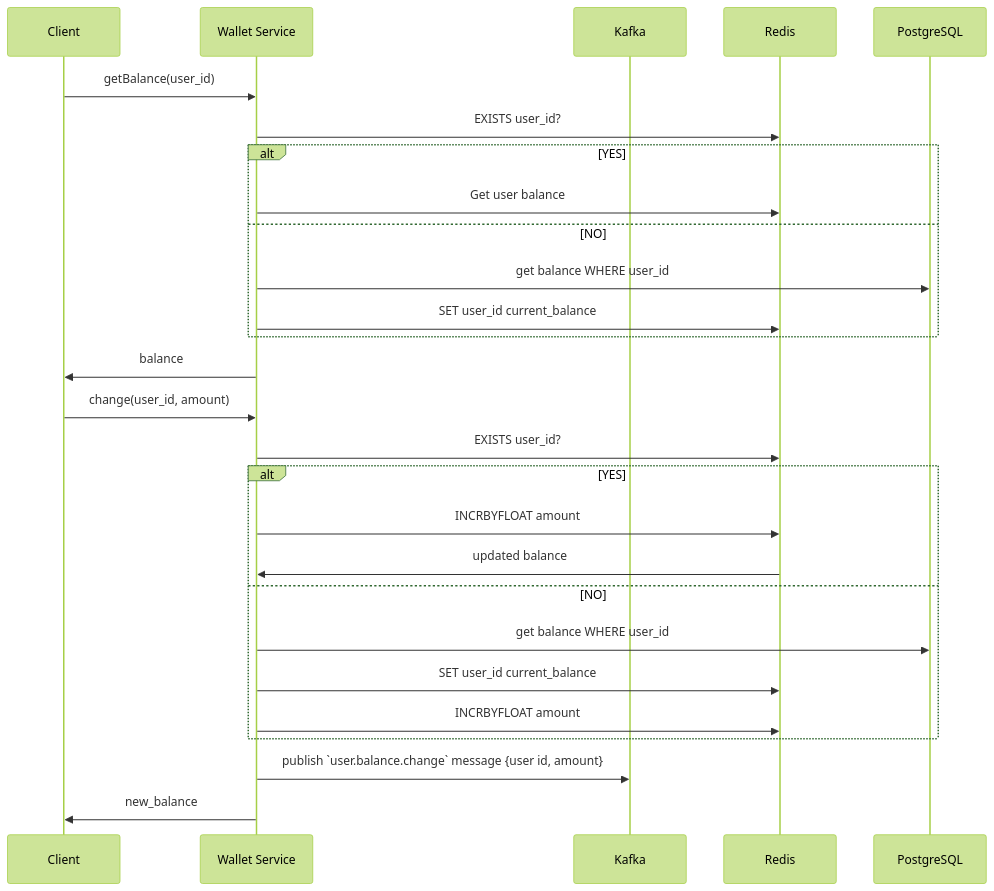
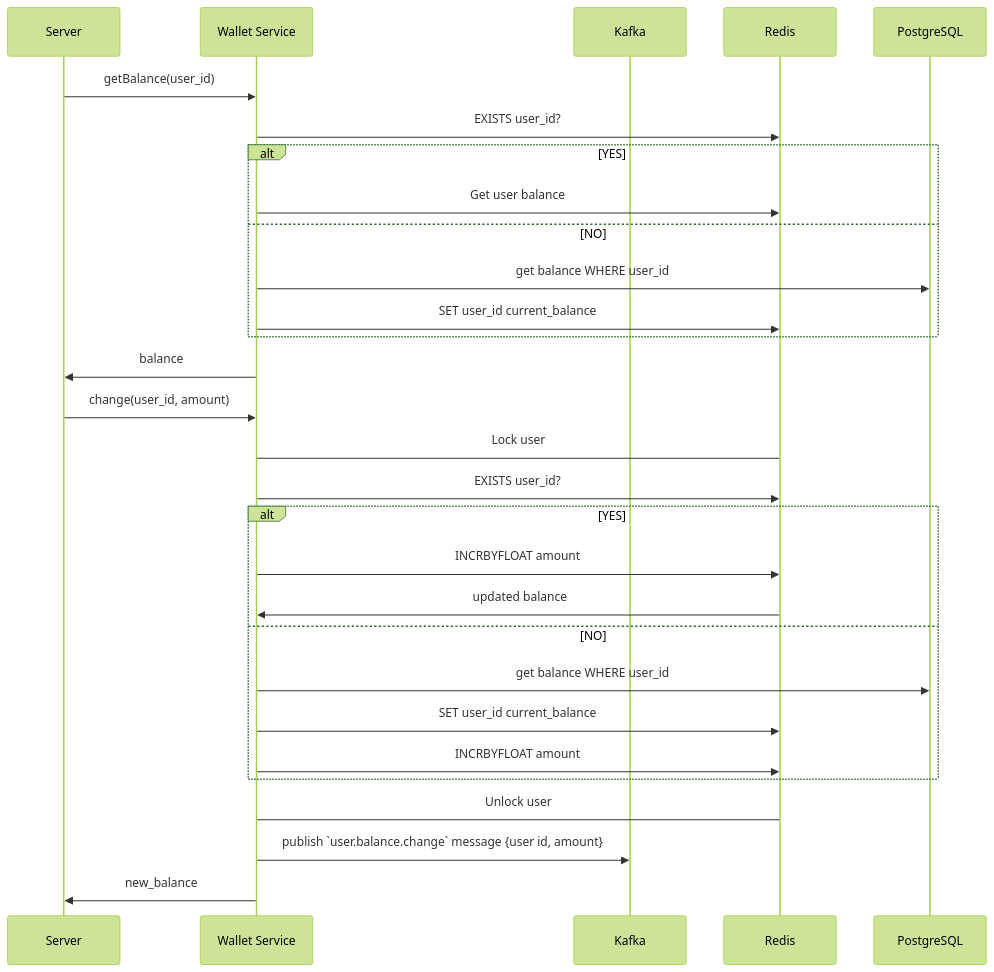
One commit to kadsin/sms-gateway changed the third of 4 diagrams in docs/architecture.md. Above: the diagram before and after it, drawn with Mermaid (forest theme). The commit also changed other lines of this file, not shown here.

Commit message:
docs(architecture.wallet_service): Add redis lock

````diff
--- a/docs/architecture.md
+++ b/docs/architecture.md
@@ -88,31 +88,33 @@
 ```mermaid
 sequenceDiagram
-    participant c as Client
-    participant s as Wallet Service
+    participant hs as Server
+    participant ws as Wallet Service
     participant mb as Kafka
     participant r as Redis
     participant p as PostgreSQL
 
-    c->>s: getBalance(user_id)
-    s->>r: EXISTS user_id?
+    hs->>ws: getBalance(user_id)
+    ws->>r: EXISTS user_id?
     alt YES
-        s->>r: Get user balance
+        ws->>r: Get user balance
     else NO
-        s->>p: get balance WHERE user_id
-        s->>r: SET user_id current_balance
+        ws->>p: get balance WHERE user_id
+        ws->>r: SET user_id current_balance
     end
-    s->>c: balance
+    ws->>hs: balance
 
-    c->>s: change(user_id, amount)
-    s->>r: EXISTS user_id?
+    hs->>ws: change(user_id, amount)
+    ws->r: Lock user
+    ws->>r: EXISTS user_id?
     alt YES
-        s->>r: INCRBYFLOAT amount
-        r->>s: updated balance
+        ws->>r: INCRBYFLOAT amount
+        r->>ws: updated balance
     else NO
-        s->>p: get balance WHERE user_id
-        s->>r: SET user_id current_balance
-        s->>r: INCRBYFLOAT amount
+        ws->>p: get balance WHERE user_id
+        ws->>r: SET user_id current_balance
+        ws->>r: INCRBYFLOAT amount
     end
-    s->>mb: publish `user.balance.change` message {user id, amount}
-    s->>c: new_balance
+    ws->r: Unlock user
+    ws->>mb: publish `user.balance.change` message {user id, amount}
+    ws->>hs: new_balance
 ```
````
